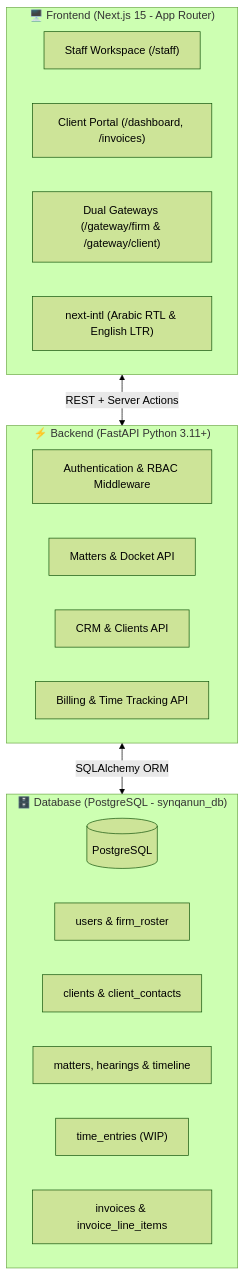
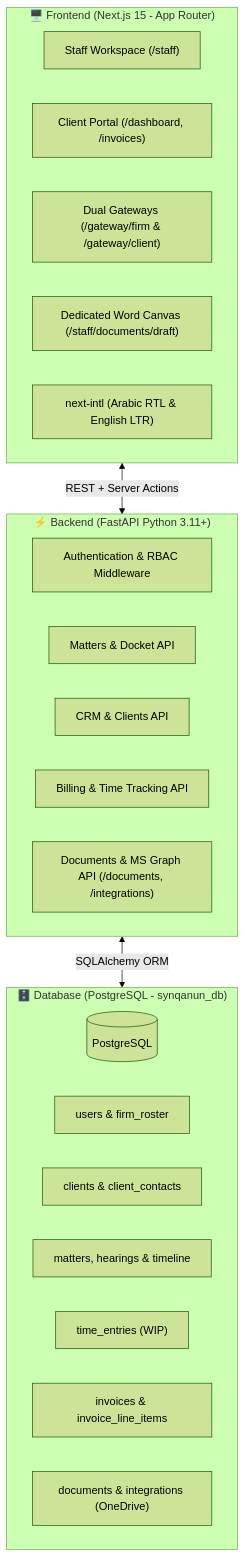
Before and after one commit to EzzAhmed9/synqanun: the diagram in README.md, drawn with Mermaid (forest theme). The commit also changed other lines of this file and 14 other files, not shown here.

Commit message:
feat(docs-word-online): add dedicated Word canvas, Microsoft Word Online launch, dual-mode persistence, and update README

````diff
--- a/README.md
+++ b/README.md
@@ -12,28 +12,31 @@
 ```mermaid
 flowchart TD
     subgraph ClientLayer["🖥️ Frontend (Next.js 15 - App Router)"]
         StaffApp["Staff Workspace (/staff)"]
         ClientPortal["Client Portal (/dashboard, /invoices)"]
         AuthGateways["Dual Gateways (/gateway/firm & /gateway/client)"]
+        DocCanvas["Dedicated Word Canvas (/staff/documents/draft)"]
         I18n["next-intl (Arabic RTL & English LTR)"]
     end
 
     subgraph APILayer["⚡ Backend (FastAPI Python 3.11+)"]
         AuthAPI["Authentication & RBAC Middleware"]
         MattersAPI["Matters & Docket API"]
         ClientsAPI["CRM & Clients API"]
         BillingAPI["Billing & Time Tracking API"]
+        DocsAPI["Documents & MS Graph API (/documents, /integrations)"]
     end
 
     subgraph DataLayer["🗄️ Database (PostgreSQL - synqanun_db)"]
         DB[(PostgreSQL)]
         T1["users & firm_roster"]
         T2["clients & client_contacts"]
         T3["matters, hearings & timeline"]
         T4["time_entries (WIP)"]
         T5["invoices & invoice_line_items"]
+        T6["documents & integrations (OneDrive)"]
     end
 
     ClientLayer <-->|REST + Server Actions| APILayer
     APILayer <-->|SQLAlchemy ORM| DataLayer
 ```
````
